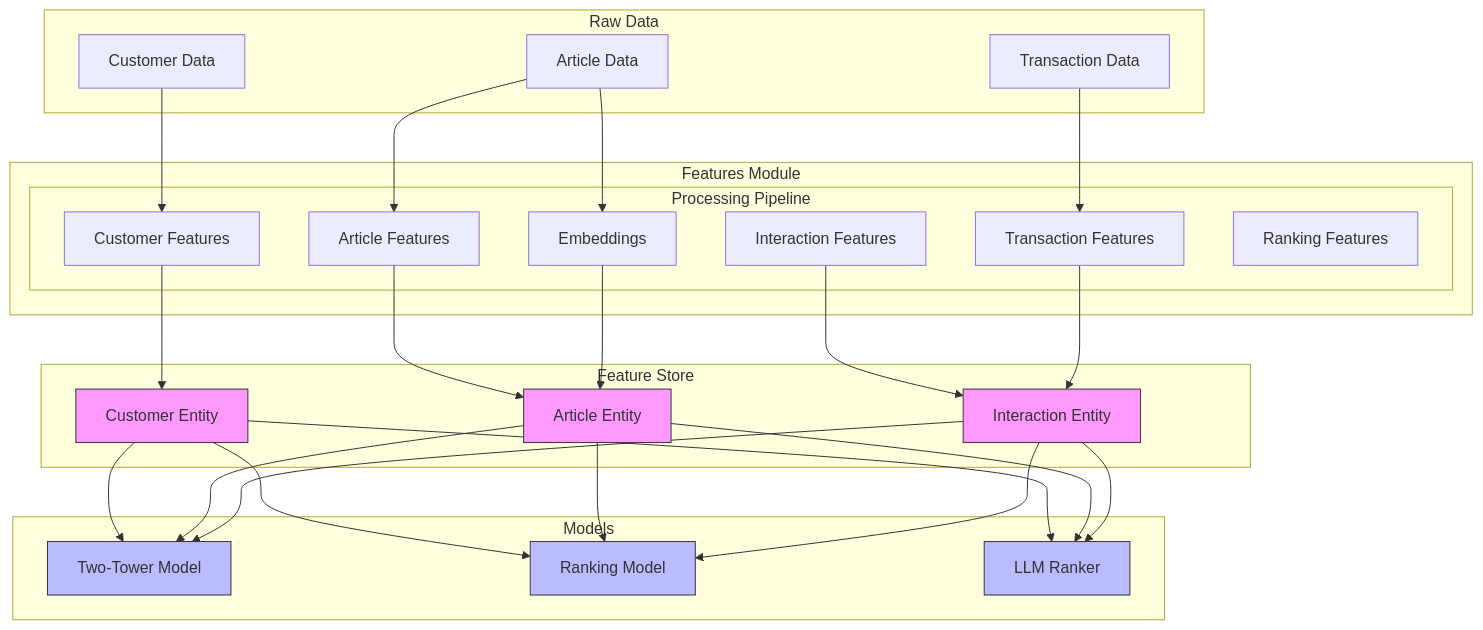
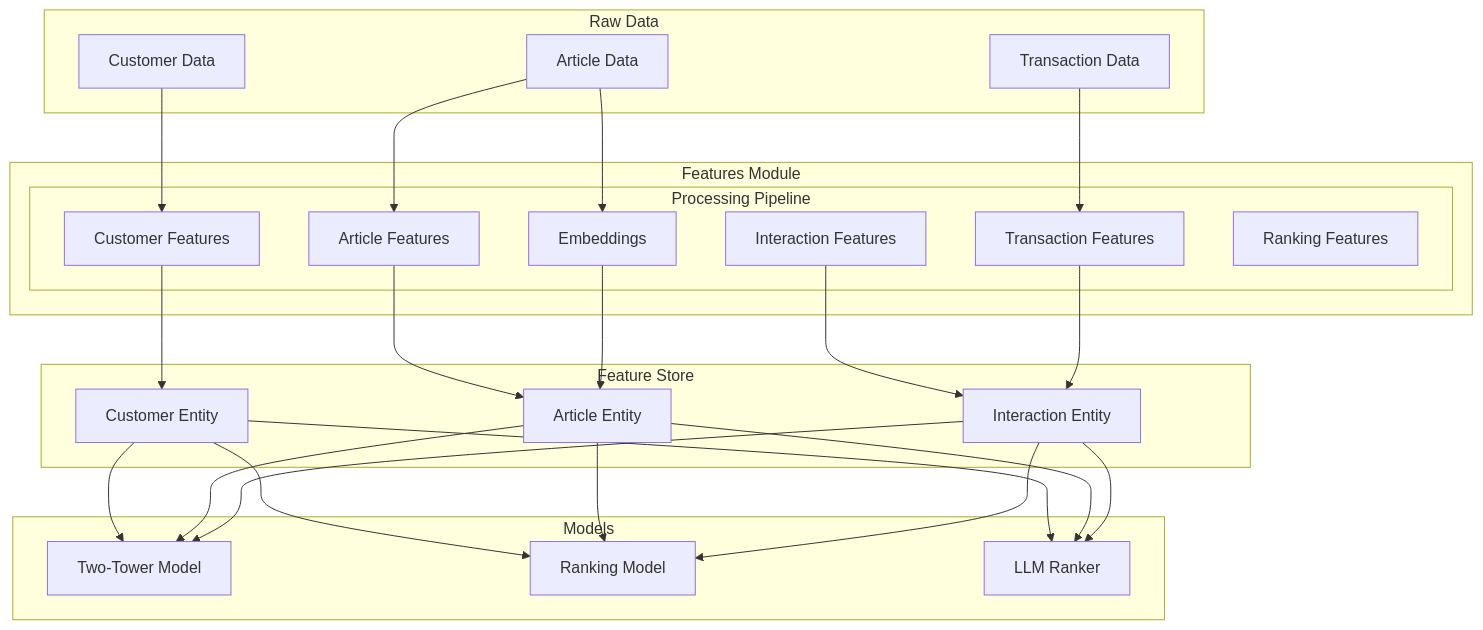
The diagram in recsys/features/README.md (Im-Gonzo/GenAI_Custom_Real_Time_Personalized_Recommender), drawn with Mermaid before and after one commit.

Commit message:
refactor: Refactor color styles for mermaid graph

````diff
--- a/recsys/features/README.md
+++ b/recsys/features/README.md
@@ -29,61 +29,55 @@
 ```mermaid
 flowchart TB
     subgraph Raw Data
         RD1[Customer Data]
         RD2[Article Data]
         RD3[Transaction Data]
     end
 
     subgraph Features Module
         subgraph Processing Pipeline
             FP1[Customer Features]
             FP2[Article Features]
             FP3[Embeddings]
             FP4[Interaction Features]
             FP5[Transaction Features]
             FP6[Ranking Features]
         end
     end
 
     subgraph Feature Store
         FS1[Customer Entity]
         FS2[Article Entity]
         FS3[Interaction Entity]
     end
 
     subgraph Models
         M1[Two-Tower Model]
         M2[Ranking Model]
         M3[LLM Ranker]
     end
 
     RD1 --> FP1
     RD2 --> FP2
     RD2 --> FP3
     RD3 --> FP5
     
     FP1 --> FS1
     FP2 --> FS2
     FP3 --> FS2
     FP4 --> FS3
     FP5 --> FS3
     
     FS1 --> M1
     FS2 --> M1
     FS3 --> M1
     
     FS1 --> M2
     FS2 --> M2
     FS3 --> M2
     
     FS1 --> M3
     FS2 --> M3
     FS3 --> M3
 
-style FS1 fill:#f9f,stroke:#333
-style FS2 fill:#f9f,stroke:#333
-style FS3 fill:#f9f,stroke:#333
-style M1 fill:#bbf,stroke:#333
-style M2 fill:#bbf,stroke:#333
-style M3 fill:#bbf,stroke:#333
 ```
````
